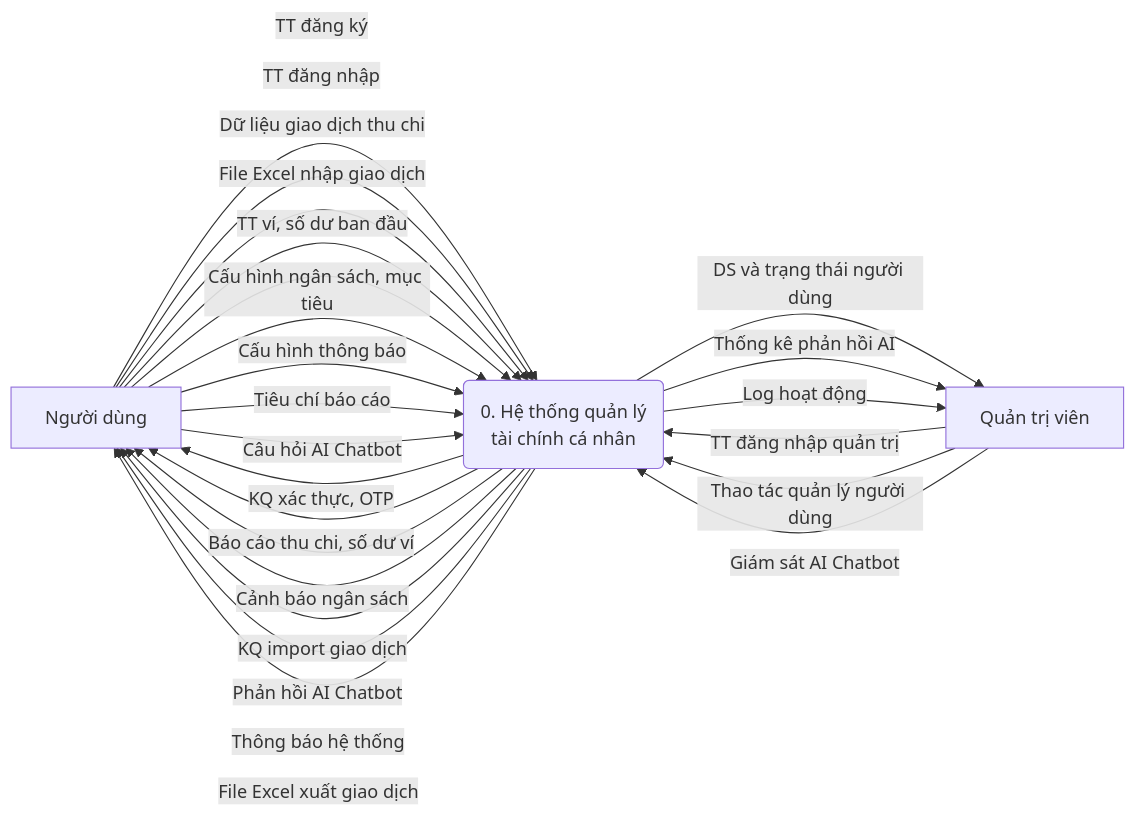
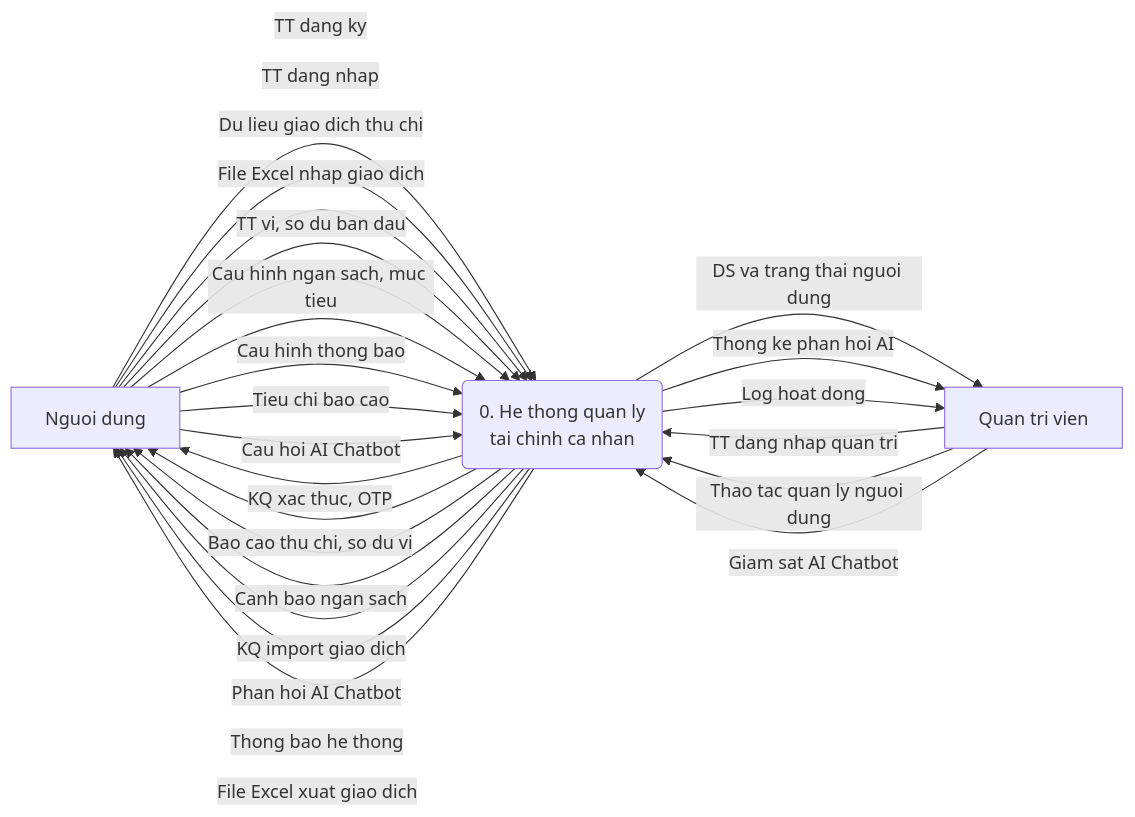
Before and after one commit to Hieu-vn/Graduation-Thesis: the first of 10 diagrams in DFD_Diagrams.md, drawn with Mermaid. The commit also changed other lines of this file, not shown here.

Commit message:
docs: Update DFD diagrams.

````diff
--- a/DFD_Diagrams.md
+++ b/DFD_Diagrams.md
@@ -24,32 +24,32 @@
 ```mermaid
 flowchart LR
-    ND["Người dùng"]
-    P0("0. Hệ thống quản lý<br/>tài chính cá nhân")
-    QT["Quản trị viên"]
+    ND["Nguoi dung"]
+    P0("0. He thong quan ly<br/>tai chinh ca nhan")
+    QT["Quan tri vien"]
 
-    ND -->|"TT đăng ký"| P0
-    ND -->|"TT đăng nhập"| P0
-    ND -->|"Dữ liệu giao dịch thu chi"| P0
-    ND -->|"File Excel nhập giao dịch"| P0
-    ND -->|"TT ví, số dư ban đầu"| P0
-    ND -->|"Cấu hình ngân sách, mục tiêu"| P0
-    ND -->|"Cấu hình thông báo"| P0
-    ND -->|"Tiêu chí báo cáo"| P0
-    ND -->|"Câu hỏi AI Chatbot"| P0
+    ND -->|"TT dang ky"| P0
+    ND -->|"TT dang nhap"| P0
+    ND -->|"Du lieu giao dich thu chi"| P0
+    ND -->|"File Excel nhap giao dich"| P0
+    ND -->|"TT vi, so du ban dau"| P0
+    ND -->|"Cau hinh ngan sach, muc tieu"| P0
+    ND -->|"Cau hinh thong bao"| P0
+    ND -->|"Tieu chi bao cao"| P0
+    ND -->|"Cau hoi AI Chatbot"| P0
 
-    P0 -->|"KQ xác thực, OTP"| ND
-    P0 -->|"Báo cáo thu chi, số dư ví"| ND
-    P0 -->|"Cảnh báo ngân sách"| ND
-    P0 -->|"KQ import giao dịch"| ND
-    P0 -->|"Phản hồi AI Chatbot"| ND
-    P0 -->|"Thông báo hệ thống"| ND
-    P0 -->|"File Excel xuất giao dịch"| ND
+    P0 -->|"KQ xac thuc, OTP"| ND
+    P0 -->|"Bao cao thu chi, so du vi"| ND
+    P0 -->|"Canh bao ngan sach"| ND
+    P0 -->|"KQ import giao dich"| ND
+    P0 -->|"Phan hoi AI Chatbot"| ND
+    P0 -->|"Thong bao he thong"| ND
+    P0 -->|"File Excel xuat giao dich"| ND
 
-    QT -->|"TT đăng nhập quản trị"| P0
-    QT -->|"Thao tác quản lý người dùng"| P0
-    QT -->|"Giám sát AI Chatbot"| P0
+    QT -->|"TT dang nhap quan tri"| P0
+    QT -->|"Thao tac quan ly nguoi dung"| P0
+    QT -->|"Giam sat AI Chatbot"| P0
 
-    P0 -->|"DS và trạng thái người dùng"| QT
-    P0 -->|"Thống kê phản hồi AI"| QT
-    P0 -->|"Log hoạt động"| QT
+    P0 -->|"DS va trang thai nguoi dung"| QT
+    P0 -->|"Thong ke phan hoi AI"| QT
+    P0 -->|"Log hoat dong"| QT
 ```
````
